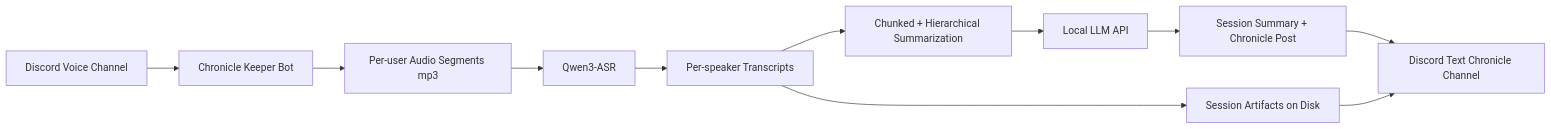
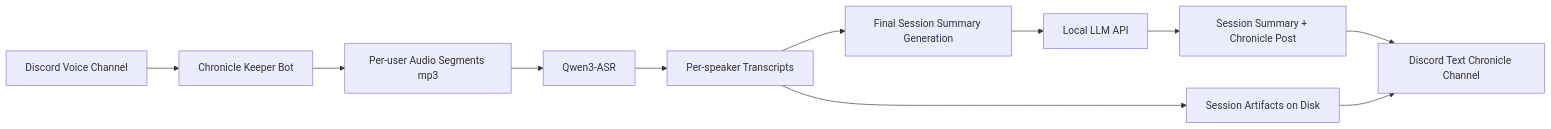
Before and after one commit to odmyko/discord-chronicle-keeper: the diagram in README.md, drawn with Mermaid. The commit also changed other lines of this file and 8 other files, not shown here.

````diff
--- a/README.md
+++ b/README.md
@@ -65,13 +102,13 @@
 ```mermaid
 flowchart LR
   A[Discord Voice Channel] --> B[Chronicle Keeper Bot]
   B --> C[Per-user Audio Segments mp3]
   C --> D[Qwen3-ASR]
   D --> E[Per-speaker Transcripts]
-  E --> F[Chunked + Hierarchical Summarization]
+  E --> F[Final Session Summary Generation]
   F --> G[Local LLM API]
   G --> H[Session Summary + Chronicle Post]
   E --> I[Session Artifacts on Disk]
   H --> J[Discord Text Chronicle Channel]
   I --> J
 ```
````
